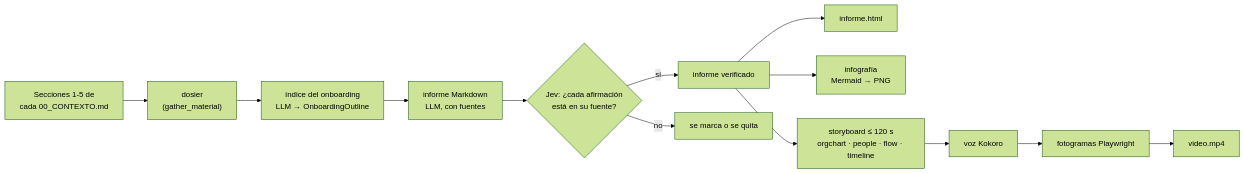
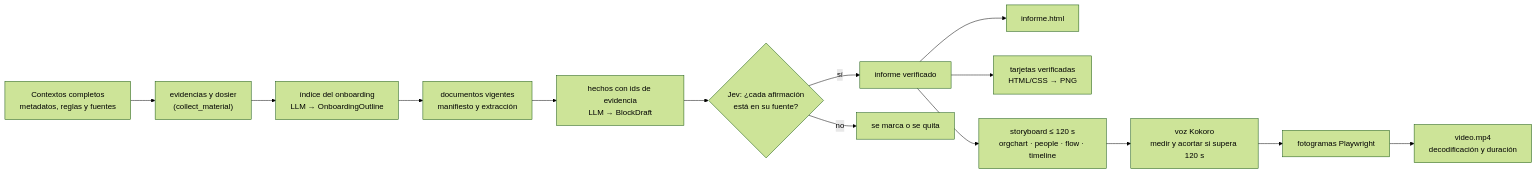
Before and after one commit to GRUPO-TFM/B5T4-Multimodales: the second of 4 diagrams in docs/ARQUITECTURA.md, drawn with Mermaid (forest theme). The commit also changed other lines of this file and 18 other files, not shown here.

````diff
--- a/docs/ARQUITECTURA.md
+++ b/docs/ARQUITECTURA.md
@@ -78,13 +78,14 @@
 ```mermaid
 flowchart LR
-    C["Secciones 1-5 de<br/>cada 00_CONTEXTO.md"] --> D["dosier<br/>(gather_material)"]
+    C["Contextos completos<br/>metadatos, reglas y fuentes"] --> D["evidencias y dosier<br/>(collect_material)"]
     D --> O["índice del onboarding<br/>LLM → OnboardingOutline"]
-    O --> R["informe Markdown<br/>LLM, con fuentes"]
+    O --> DOC["documentos vigentes<br/>manifiesto y extracción"]
+    DOC --> R["hechos con ids de evidencia<br/>LLM → BlockDraft"]
     R --> V{"Jev: ¿cada afirmación<br/>está en su fuente?"}
     V -->|sí| RF["informe verificado"]
     V -->|no| X["se marca o se quita"]
     RF --> H["informe.html"]
-    RF --> I["infografía<br/>Mermaid → PNG"]
+    RF --> I["tarjetas verificadas<br/>HTML/CSS → PNG"]
     RF --> S["storyboard ≤ 120 s<br/>orgchart · people · flow · timeline"]
-    S --> T["voz Kokoro"] --> F["fotogramas Playwright"] --> M["video.mp4"]
+    S --> T["voz Kokoro<br/>medir y acortar si supera 120 s"] --> F["fotogramas Playwright"] --> M["video.mp4<br/>decodificación y duración"]
 ```
````
